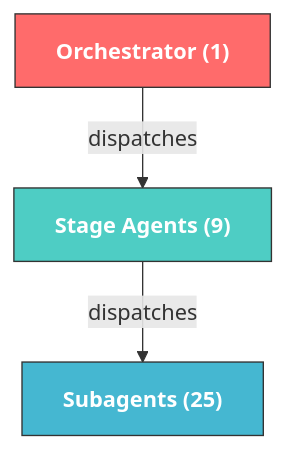
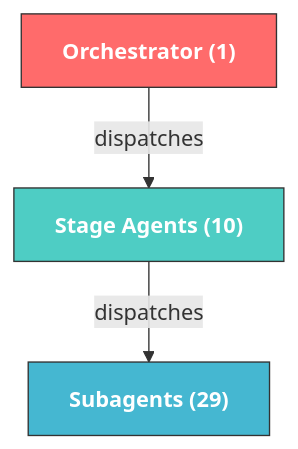
The first of 4 diagrams in docs/agents.md (bitbitcodes/autonomous-sdlc), drawn with Mermaid before and after one commit. The commit also changed other lines of this file and 66 other files, not shown here.

````diff
--- a/docs/agents.md
+++ b/docs/agents.md
@@ -7,9 +7,9 @@
 ```mermaid
 graph TD
-    O["Orchestrator (1)"] -->|dispatches| S["Stage Agents (9)"]
-    S -->|dispatches| SUB["Subagents (25)"]
+    O["Orchestrator (1)"] -->|dispatches| S["Stage Agents (10)"]
+    S -->|dispatches| SUB["Subagents (29)"]
 
     style O fill:#ff6b6b,stroke:#333,color:#fff,font-weight:bold
     style S fill:#4ecdc4,stroke:#333,color:#fff,font-weight:bold
     style SUB fill:#45b7d1,stroke:#333,color:#fff,font-weight:bold
 ```
````
